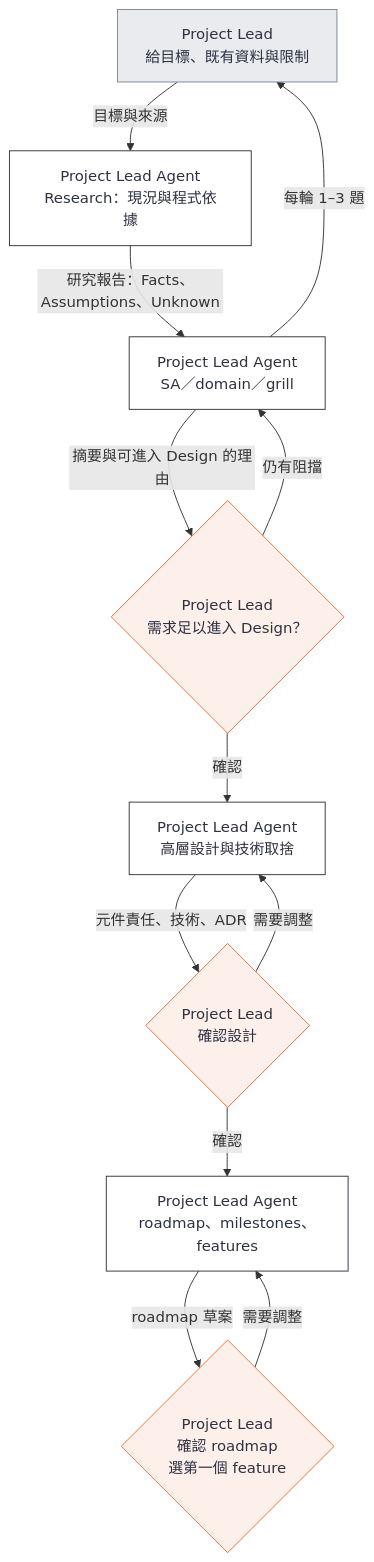
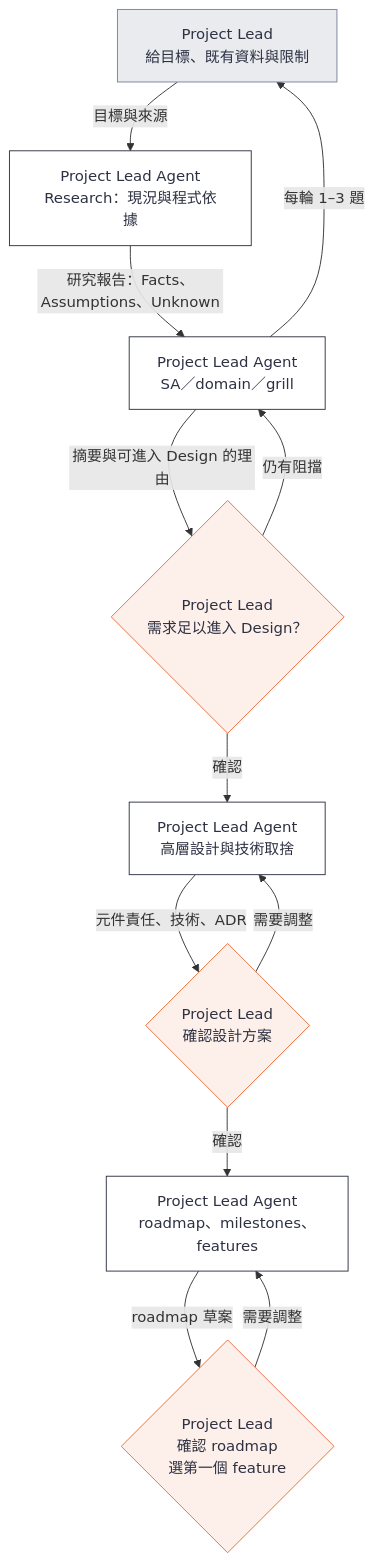
Before and after one commit to ellis429/loop-engineering: the second of 5 diagrams in docs/guide/reference.md, drawn with Mermaid. The commit also changed 1 other file, not shown here.

Commit message:
docs: give each step one name taken from the familiar step list
The guide named the same step differently in the role table, the
diagrams, the headings and the confirmations (Project SA, analyse
requirements, direction), so readers met a new term for a step they had
already seen. Each step now has one Chinese name taken from the step
list the team already uses (釐清目的與需求, 設計方案, 安排交付, 開 Feature,
寫實作 plan, 交給 agent 執行, Review 與 CI, 驗收), and the confirmations reuse
those names. The architect output links the example folder and the
three documents to read first, including the design web page.

````diff
--- a/docs/guide/reference.md
+++ b/docs/guide/reference.md
@@ -105,25 +105,25 @@
 ```mermaid
 flowchart TD
     A["Project Lead<br/>給目標、既有資料與限制"]:::human
     R["Project Lead Agent<br/>Research：現況與程式依據"]:::agent
     S["Project Lead Agent<br/>SA／domain／grill"]:::agent
     C{"Project Lead<br/>需求足以進入 Design？"}:::gate
     D["Project Lead Agent<br/>高層設計與技術取捨"]:::agent
-    DG{"Project Lead<br/>確認設計"}:::gate
+    DG{"Project Lead<br/>確認設計方案"}:::gate
     M["Project Lead Agent<br/>roadmap、milestones、features"]:::agent
     F{"Project Lead<br/>確認 roadmap<br/>選第一個 feature"}:::gate
     A -->|目標與來源| R
     R -->|研究報告：Facts、Assumptions、Unknown| S
     S -->|每輪 1–3 題| A
     S -->|摘要與可進入 Design 的理由| C
     C -->|仍有阻擋| S
     C -->|確認| D
     D -->|元件責任、技術、ADR| DG
     DG -->|需要調整| D
     DG -->|確認| M
     M -->|roadmap 草案| F
     F -->|需要調整| M
     classDef human fill:#e9ebef,stroke:#7a8399,color:#2d3142
     classDef agent fill:#ffffff,stroke:#2d3142,color:#2d3142
     classDef gate fill:#fdf0ea,stroke:#eb6c36,color:#2d3142
 ```
````
